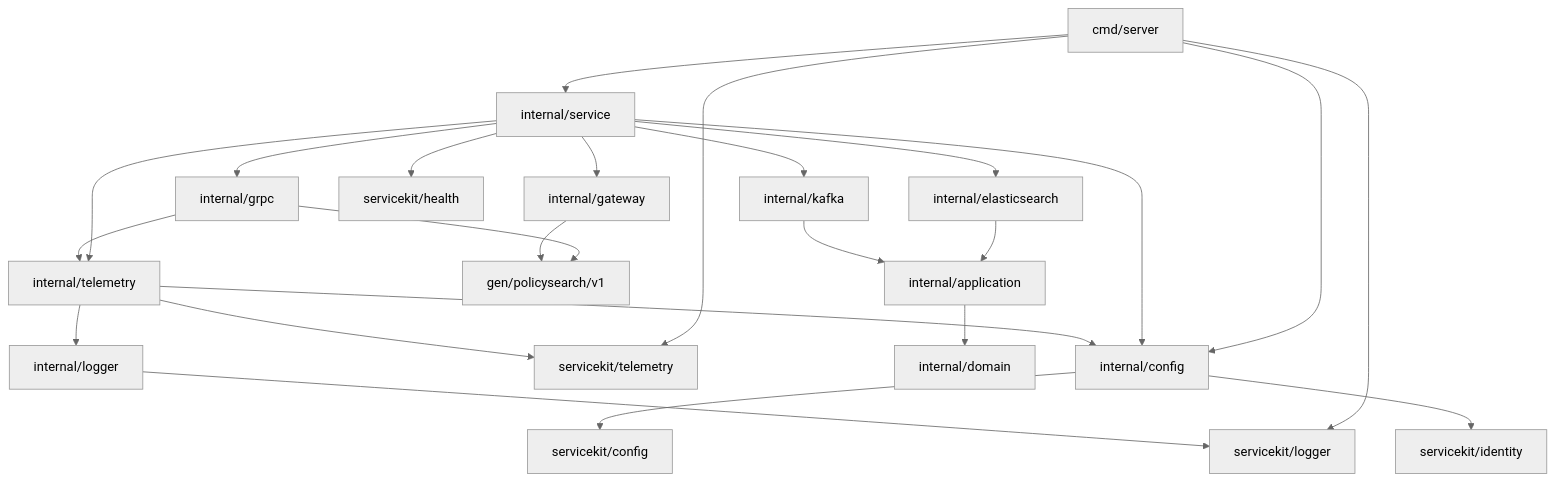
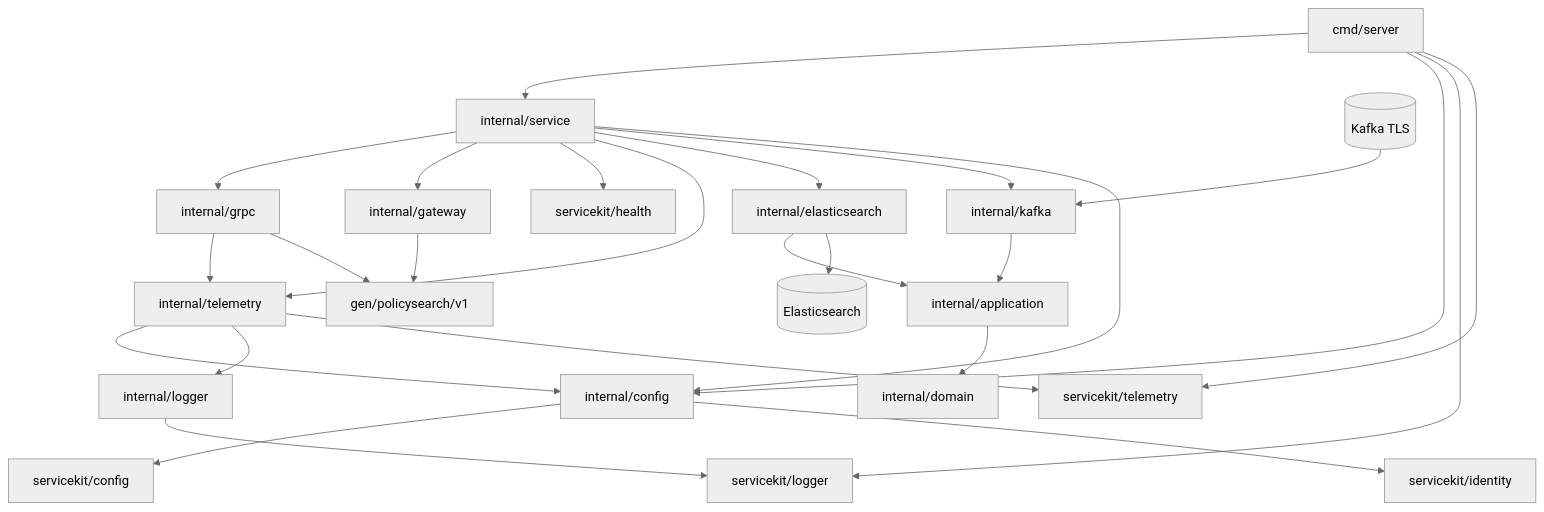
The diagram in services/policy-search-service/README.md (igor-baiborodine/insurance-hub), drawn with Mermaid (neutral theme) before and after one commit. The commit also changed other lines of this file and 35 other files, not shown here.

````diff
--- a/services/policy-search-service/README.md
+++ b/services/policy-search-service/README.md
@@ -476,26 +483,30 @@
 ```mermaid
 flowchart TD
     entry["cmd/server"] --> composition["internal/service"]
     entry --> config["internal/config"]
     entry --> sharedLogger["servicekit/logger"]
     entry --> sharedTelemetry["servicekit/telemetry"]
     composition --> grpc["internal/grpc"]
     composition --> gateway["internal/gateway"]
     composition --> health["servicekit/health"]
     composition --> telemetry["internal/telemetry"]
     composition --> elasticsearchAdapters["internal/elasticsearch"]
     composition --> kafka["internal/kafka"]
+    broker[("Kafka TLS")]
+    search[("Elasticsearch")]
     composition --> config
     grpc --> telemetry
     grpc --> generated["gen/policysearch/v1"]
     gateway --> generated
     elasticsearchAdapters --> application["internal/application"]
     kafka --> application
+    broker --> kafka
+    elasticsearchAdapters --> search
     application --> domain["internal/domain"]
     telemetry --> config
     telemetry --> logger["internal/logger"]
     telemetry --> sharedTelemetry
     logger --> sharedLogger
     config --> sharedConfig["servicekit/config"]
     config --> sharedIdentity["servicekit/identity"]
 ```
````
